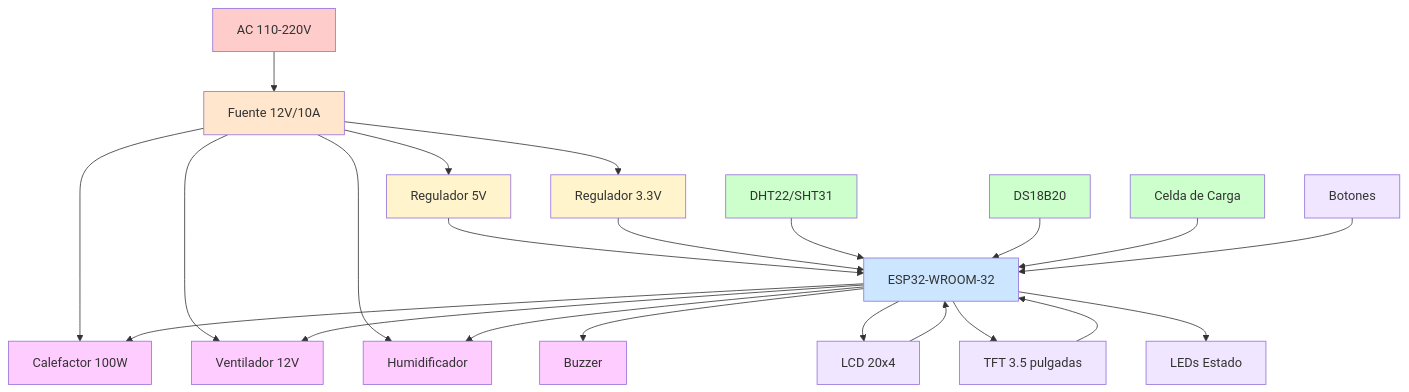
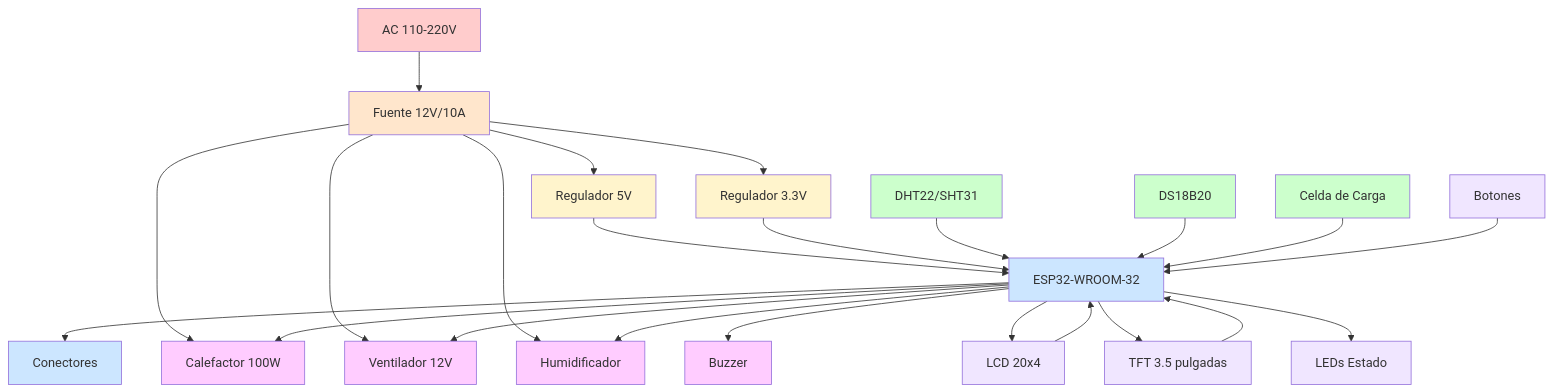
The diagram in docs/docs/hardware/overview.md (medicalopenworld/IncuNest-Docs), drawn with Mermaid before and after one commit. The commit also changed 1 other file, not shown here.

Commit message:
Add back CONN node to hardware diagram per code review

````diff
--- a/docs/docs/hardware/overview.md
+++ b/docs/docs/hardware/overview.md
@@ -23,46 +23,48 @@
 ```mermaid
 graph TB
     AC[AC 110-220V] --> PSU[Fuente 12V/10A]
     PSU --> VREG5[Regulador 5V]
     PSU --> VREG3[Regulador 3.3V]
     
     VREG5 --> ESP32[ESP32-WROOM-32]
     VREG3 --> ESP32
+    ESP32 --> CONN[Conectores]
     
     PSU --> HEATER[Calefactor 100W]
     PSU --> FAN[Ventilador 12V]
     PSU --> HUMID[Humidificador]
     
     TEMP1[DHT22/SHT31] --> ESP32
     TEMP2[DS18B20] --> ESP32
     WEIGHT[Celda de Carga] --> ESP32
     
     ESP32 --> HEATER
     ESP32 --> FAN
     ESP32 --> HUMID
     ESP32 --> BUZ[Buzzer]
     
     ESP32 --> LCD[LCD 20x4]
     LCD --> ESP32
     ESP32 --> TFT[TFT 3.5 pulgadas]
     TFT --> ESP32
     ESP32 --> LED[LEDs Estado]
     BTN[Botones] --> ESP32
     
     style AC fill:#ffcccc
     style PSU fill:#ffe6cc
     style VREG5 fill:#fff4cc
     style VREG3 fill:#fff4cc
     style ESP32 fill:#cce6ff
+    style CONN fill:#cce6ff
     style HEATER fill:#ffccff
     style FAN fill:#ffccff
     style HUMID fill:#ffccff
     style BUZ fill:#ffccff
     style TEMP1 fill:#ccffcc
     style TEMP2 fill:#ccffcc
     style WEIGHT fill:#ccffcc
     style LCD fill:#f0e6ff
     style TFT fill:#f0e6ff
     style LED fill:#f0e6ff
     style BTN fill:#f0e6ff
 ```
````
